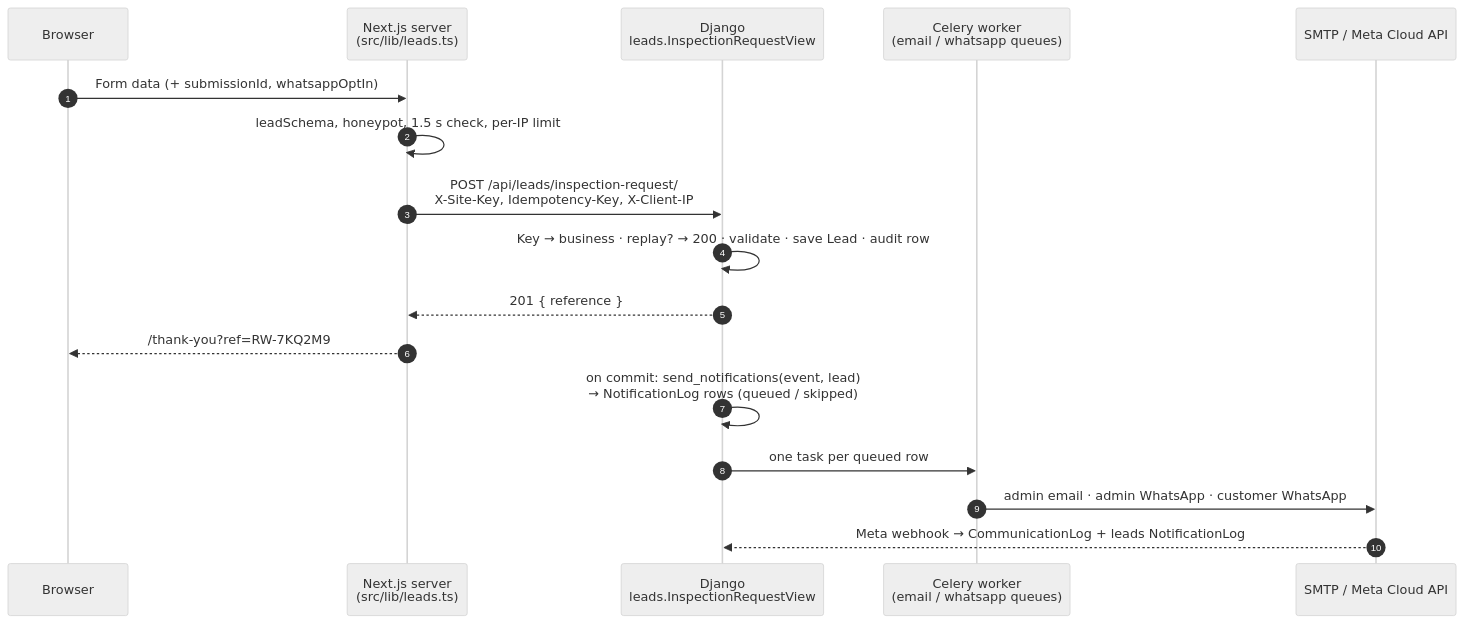
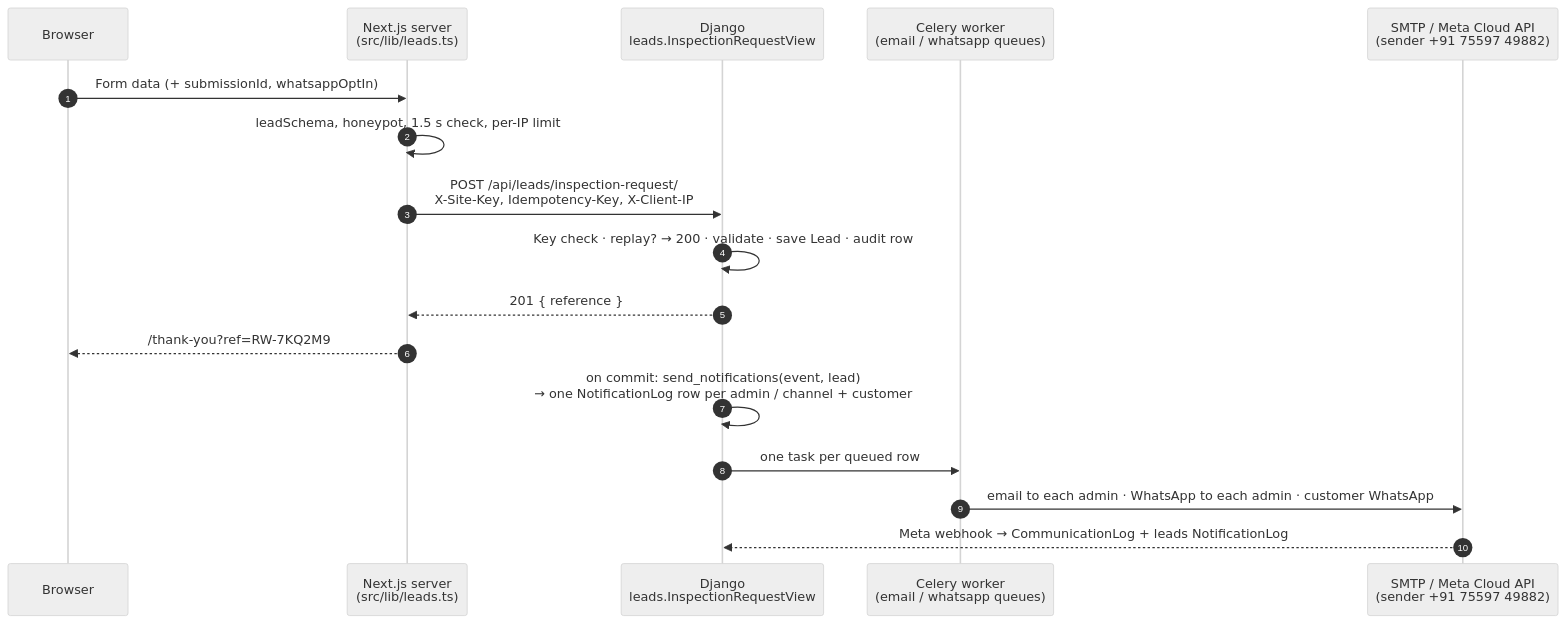
One commit to Amjad8286/royal-waterproofing-web changed the first of 2 diagrams in docs/API_NOTIFICATION_ARCHITECTURE.md. Above: the diagram before and after it, drawn with Mermaid (neutral theme). The commit also changed other lines of this file and 15 other files, not shown here.

First line of the commit message:
feat: implement lead API integration for enquiries

````diff
--- a/docs/API_NOTIFICATION_ARCHITECTURE.md
+++ b/docs/API_NOTIFICATION_ARCHITECTURE.md
@@ -167,20 +170,20 @@
 ```mermaid
 sequenceDiagram
     autonumber
     participant B as Browser
     participant N as Next.js server<br/>(src/lib/leads.ts)
     participant D as Django<br/>leads.InspectionRequestView
     participant C as Celery worker<br/>(email / whatsapp queues)
-    participant P as SMTP / Meta Cloud API
+    participant P as SMTP / Meta Cloud API<br/>(sender +91 75597 49882)
 
     B->>N: Form data (+ submissionId, whatsappOptIn)
     N->>N: leadSchema, honeypot, 1.5 s check, per-IP limit
     N->>D: POST /api/leads/inspection-request/<br/>X-Site-Key, Idempotency-Key, X-Client-IP
-    D->>D: Key → business · replay? → 200 · validate · save Lead · audit row
+    D->>D: Key check · replay? → 200 · validate · save Lead · audit row
     D-->>N: 201 { reference }
     N-->>B: /thank-you?ref=RW-7KQ2M9
-    D->>D: on commit: send_notifications(event, lead)<br/>→ NotificationLog rows (queued / skipped)
+    D->>D: on commit: send_notifications(event, lead)<br/>→ one NotificationLog row per admin / channel + customer
     D->>C: one task per queued row
-    C->>P: admin email · admin WhatsApp · customer WhatsApp
+    C->>P: email to each admin · WhatsApp to each admin · customer WhatsApp
     P-->>D: Meta webhook → CommunicationLog + leads NotificationLog
 ```
````
